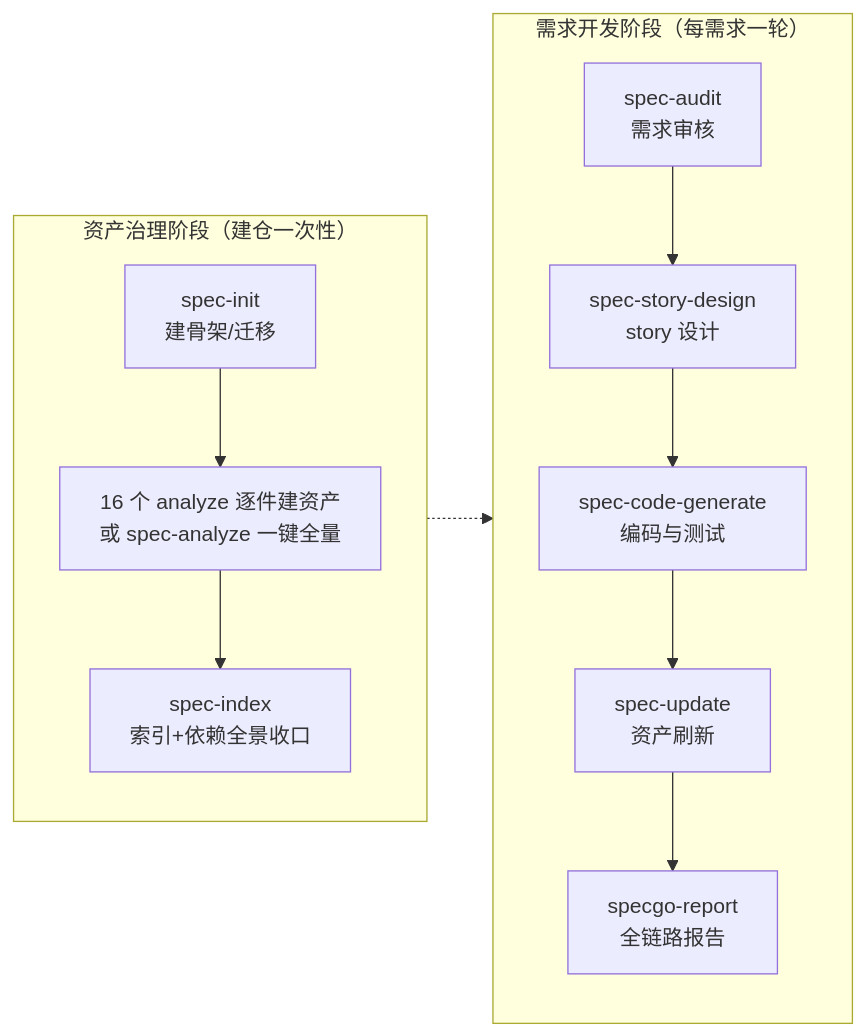
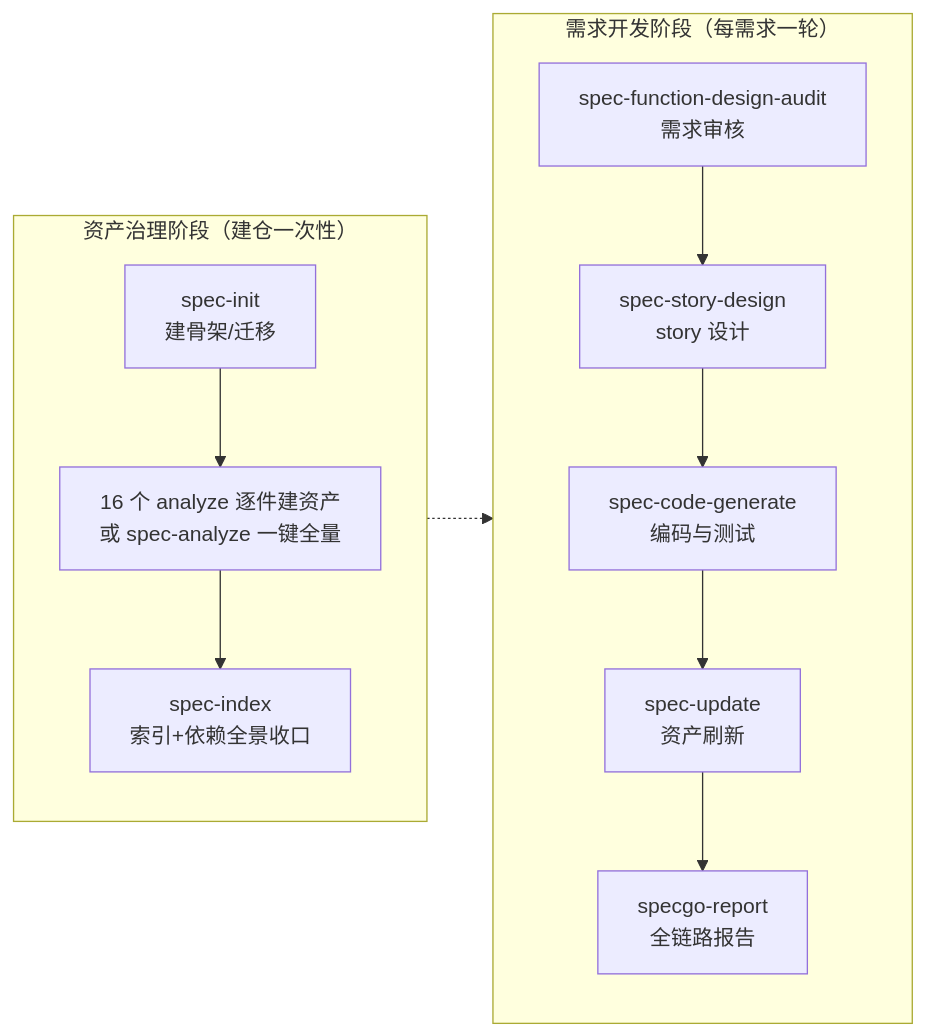
Before and after one commit to CoreGeekASTL/specgo: the third of 4 diagrams in README.md, drawn with Mermaid. The commit also changed other lines of this file and 23 other files, not shown here.

First line of the commit message:
feat: spec-audit 拆分为 spec-function-design-audit + spec-asset-audit，版本升 2.9.0

````diff
--- a/README.md
+++ b/README.md
@@ -136,10 +137,10 @@
 ```mermaid
 flowchart LR
     subgraph G1["资产治理阶段（建仓一次性）"]
         S1["spec-init<br/>建骨架/迁移"] --> S2["16 个 analyze 逐件建资产<br/>或 spec-analyze 一键全量"] --> S3["spec-index<br/>索引+依赖全景收口"]
     end
     subgraph G2["需求开发阶段（每需求一轮）"]
-        D1["spec-audit<br/>需求审核"] --> D2["spec-story-design<br/>story 设计"] --> D3["spec-code-generate<br/>编码与测试"] --> D4["spec-update<br/>资产刷新"] --> D5["specgo-report<br/>全链路报告"]
+        D1["spec-function-design-audit<br/>需求审核"] --> D2["spec-story-design<br/>story 设计"] --> D3["spec-code-generate<br/>编码与测试"] --> D4["spec-update<br/>资产刷新"] --> D5["specgo-report<br/>全链路报告"]
     end
     G1 -.-> G2
 ```
````
